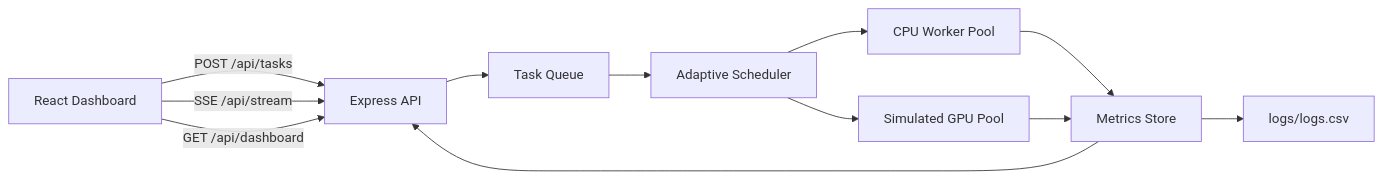
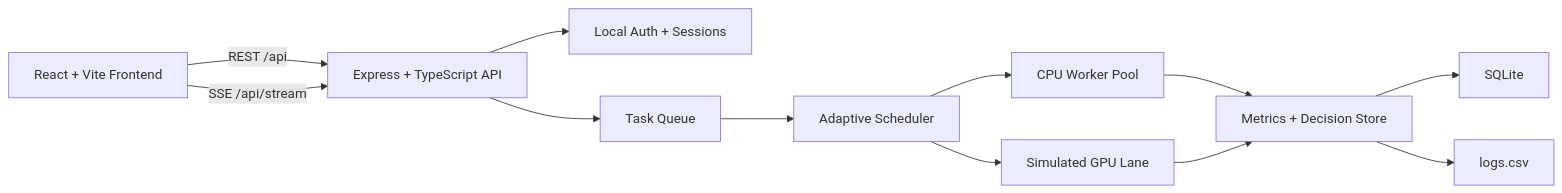
One commit to Amrutha-space/AstraCompute changed the diagram in README.md. Above: the diagram before and after it, drawn with Mermaid. The commit also changed other lines of this file, not shown here.

````diff
--- a/README.md
+++ b/README.md
@@ -15,14 +40,14 @@
 ```mermaid
 flowchart LR
-    UI["React Dashboard"] -->|POST /api/tasks| API["Express API"]
+    UI["React + Vite Frontend"] -->|REST /api| API["Express + TypeScript API"]
     UI -->|SSE /api/stream| API
-    UI -->|GET /api/dashboard| API
-    API --> Q["Task Queue"]
-    Q --> S["Adaptive Scheduler"]
-    S --> CPU["CPU Worker Pool"]
-    S --> GPU["Simulated GPU Pool"]
-    CPU --> M["Metrics Store"]
-    GPU --> M
-    M --> CSV["logs/logs.csv"]
-    M --> API
+    API --> AUTH["Local Auth + Sessions"]
+    API --> QUEUE["Task Queue"]
+    QUEUE --> SCHED["Adaptive Scheduler"]
+    SCHED --> CPU["CPU Worker Pool"]
+    SCHED --> GPU["Simulated GPU Lane"]
+    CPU --> STORE["Metrics + Decision Store"]
+    GPU --> STORE
+    STORE --> SQLITE["SQLite"]
+    STORE --> CSV["logs.csv"]
 ```
````
